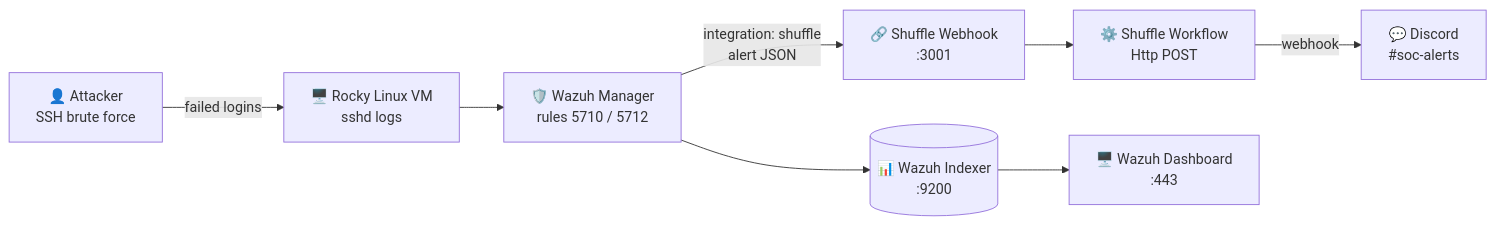
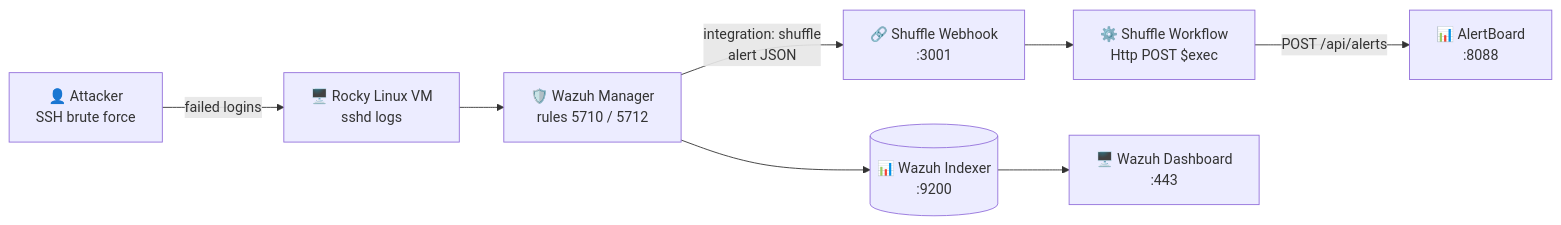
One commit to navinskyy/wazuh-shuffle changed the diagram in README.md. Above: the diagram before and after it, drawn with Mermaid. The commit also changed other lines of this file, not shown here.

````diff
--- a/README.md
+++ b/README.md
@@ -54,10 +56,10 @@
 ```mermaid
 flowchart LR
     A[👤 Attacker<br/>SSH brute force] -->|failed logins| B[🖥️ Rocky Linux VM<br/>sshd logs]
     B --> C[🛡️ Wazuh Manager<br/>rules 5710 / 5712]
     C -->|integration: shuffle<br/>alert JSON| D[🔗 Shuffle Webhook<br/>:3001]
-    D --> E[⚙️ Shuffle Workflow<br/>Http POST]
-    E -->|webhook| F[💬 Discord<br/>#soc-alerts]
+    D --> E[⚙️ Shuffle Workflow<br/>Http POST $exec]
+    E -->|POST /api/alerts| F[📊 AlertBoard<br/>:8088]
     C --> G[(📊 Wazuh Indexer<br/>:9200)]
     G --> H[🖥️ Wazuh Dashboard<br/>:443]
 ```
````
